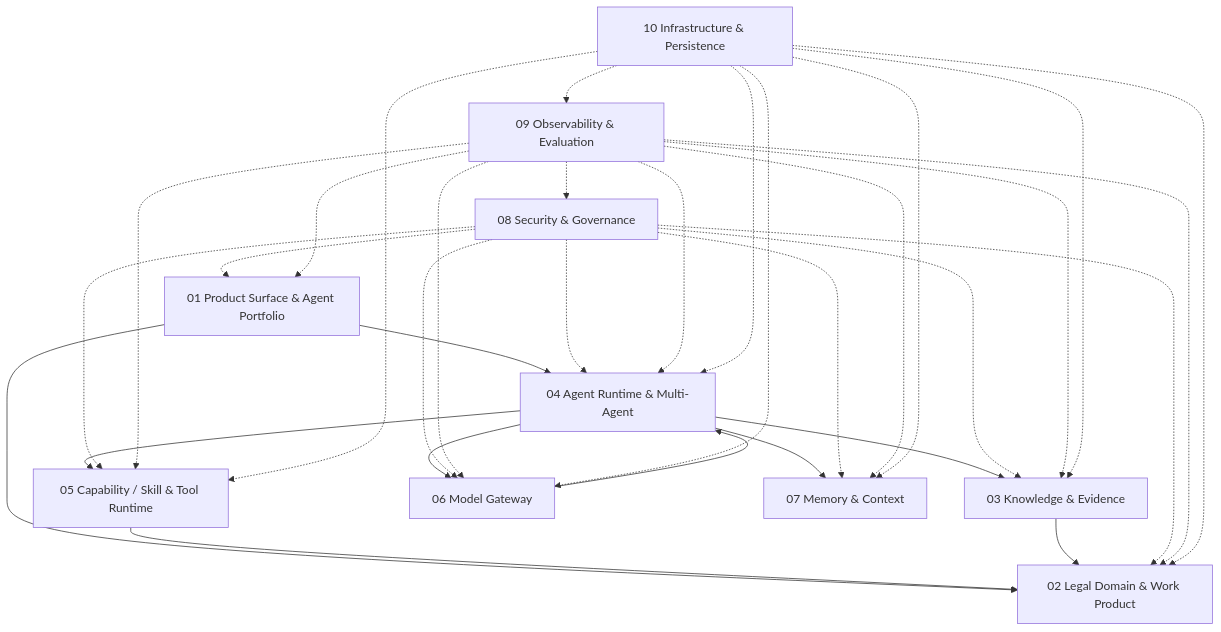
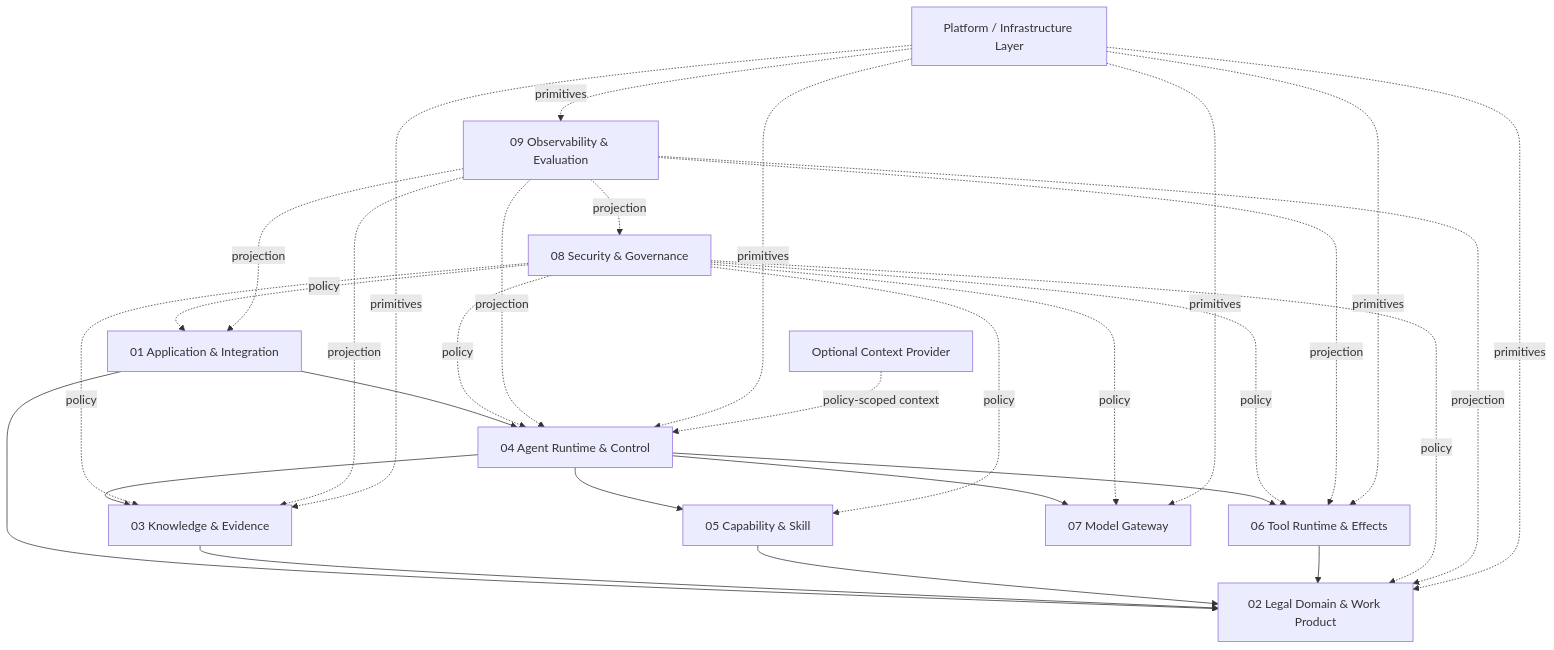
One commit to ProfessorZhi/Zuno changed the third of 14 diagrams in docs/architecture/architecture-views.md. Above: the diagram before and after it, drawn with Mermaid. The commit also changed other lines of this file and 14 other files, not shown here.

Commit message:
docs: apply round 02 architecture revision

````diff
--- a/docs/architecture/architecture-views.md
+++ b/docs/architecture/architecture-views.md
@@ -68,21 +49,23 @@
 ```mermaid
 flowchart TB
-  P[01 Product Surface & Agent Portfolio]
-  D[02 Legal Domain & Work Product]
-  K[03 Knowledge & Evidence]
-  A[04 Agent Runtime & Multi-Agent]
-  CT[05 Capability / Skill & Tool Runtime]
-  M[06 Model Gateway]
-  X[07 Memory & Context]
-  S[08 Security & Governance]
-  O[09 Observability & Evaluation]
-  I[10 Infrastructure & Persistence]
-  P --> D & A
-  A --> K & CT & M & X
-  CT --> D
-  K --> D
-  M --> A
-  S -.-> P & D & K & A & CT & M & X
-  O -.-> P & D & K & A & CT & M & X & S
-  I -.-> D & K & A & CT & M & X & O
+  APP[01 Application & Integration]
+  DOMAIN[02 Legal Domain & Work Product]
+  KNOW[03 Knowledge & Evidence]
+  RUN[04 Agent Runtime & Control]
+  CAP[05 Capability & Skill]
+  TOOL[06 Tool Runtime & Effects]
+  MODEL[07 Model Gateway]
+  SEC[08 Security & Governance]
+  OBS[09 Observability & Evaluation]
+  PLATFORM[Platform / Infrastructure Layer]
+  CONTEXT[Optional Context Provider]
+  APP --> DOMAIN & RUN
+  RUN --> KNOW & CAP & TOOL & MODEL
+  KNOW --> DOMAIN
+  CAP --> DOMAIN
+  TOOL --> DOMAIN
+  SEC -. policy .-> APP & DOMAIN & KNOW & RUN & CAP & TOOL & MODEL
+  OBS -. projection .-> APP & DOMAIN & KNOW & RUN & TOOL & SEC
+  PLATFORM -. primitives .-> DOMAIN & KNOW & RUN & TOOL & MODEL & OBS
+  CONTEXT -. policy-scoped context .-> RUN
 ```
````
